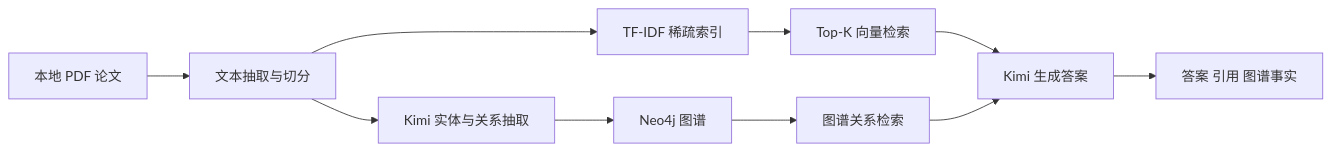
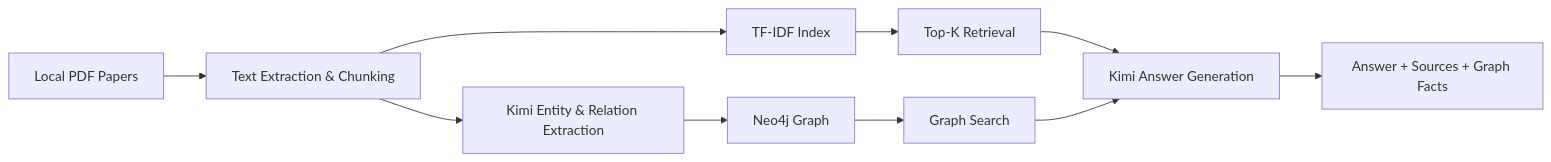
The diagram in docs/PORTFOLIO_GUIDE.md (MKng-Z/CropRAG-Research-Assistant), drawn with Mermaid before and after one commit. The commit also changed other lines of this file and 1 other file, not shown here.

````diff
--- a/docs/PORTFOLIO_GUIDE.md
+++ b/docs/PORTFOLIO_GUIDE.md
@@ -9,12 +44,12 @@
 ```mermaid
 flowchart LR
-    A[本地 PDF 论文] --> B[文本抽取与切分]
-    B --> C[TF-IDF 稀疏索引]
-    C --> D[Top-K 向量检索]
-    D --> E[Kimi 生成答案]
-    B --> F[Kimi 实体与关系抽取]
-    F --> G[Neo4j 图谱]
-    G --> H[图谱关系检索]
+    A["Local PDF Papers"] --> B["Text Extraction & Chunking"]
+    B --> C["TF-IDF Index"]
+    C --> D["Top-K Retrieval"]
+    D --> E["Kimi Answer Generation"]
+    B --> F["Kimi Entity & Relation Extraction"]
+    F --> G["Neo4j Graph"]
+    G --> H["Graph Search"]
     H --> E
-    E --> I[答案 引用 图谱事实]
+    E --> I["Answer + Sources + Graph Facts"]
 ```
````
